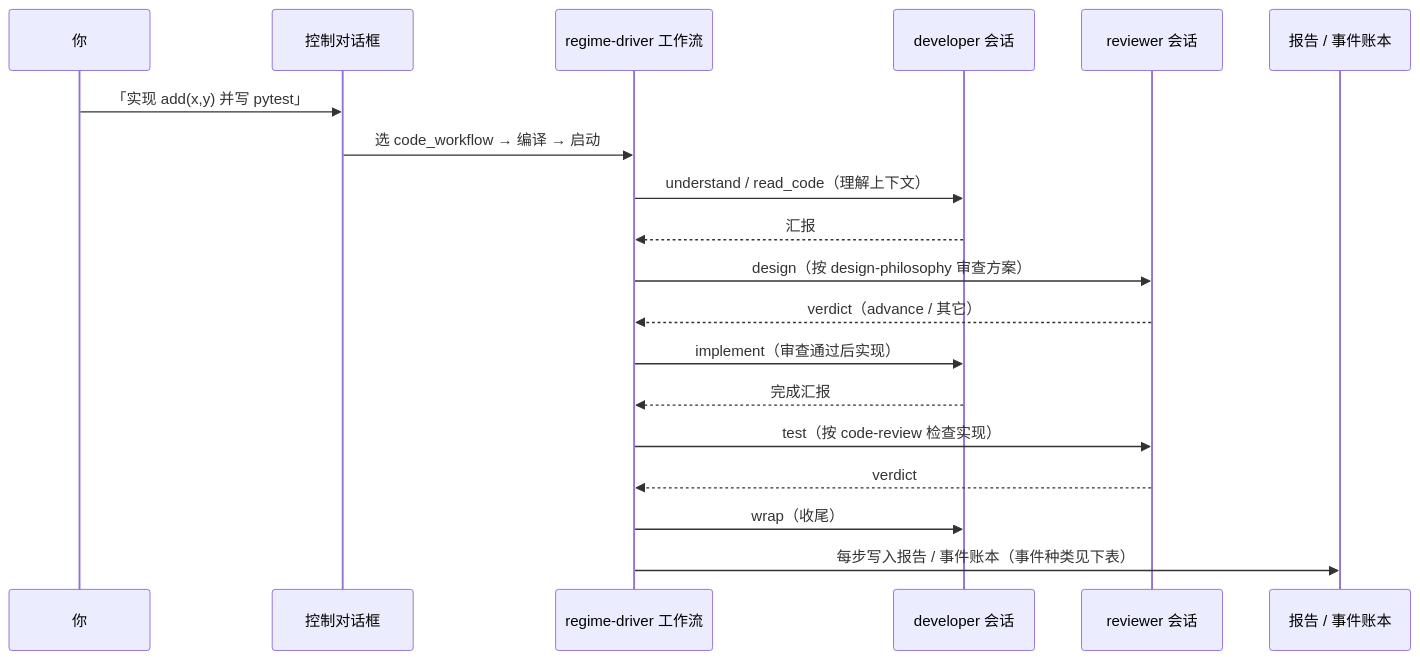
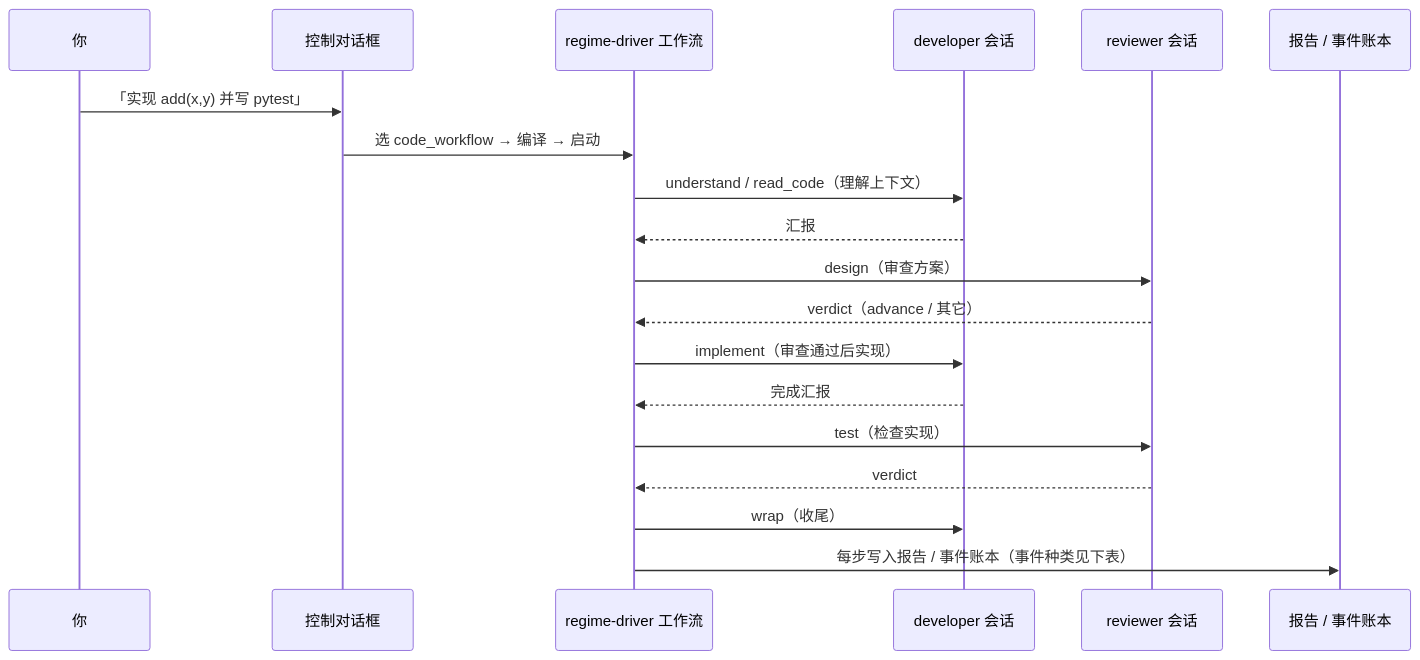
The first of 2 diagrams in docs/guide/00_dialog_control.md (haberzero/regime-driver), drawn with Mermaid before and after one commit. The commit also changed other lines of this file and 20 other files, not shown here.

````diff
--- a/docs/guide/00_dialog_control.md
+++ b/docs/guide/00_dialog_control.md
@@ -191,22 +184,22 @@
 ```mermaid
 sequenceDiagram
     participant 你 as 你
     participant 对话框 as 控制对话框
     participant 体系 as regime-driver 工作流
     participant 干活 as developer 会话
     participant 审查 as reviewer 会话
     participant 账本 as 报告 / 事件账本
 
     你->>对话框: 「实现 add(x,y) 并写 pytest」
     对话框->>体系: 选 code_workflow → 编译 → 启动
     体系->>干活: understand / read_code（理解上下文）
     干活-->>体系: 汇报
-    体系->>审查: design（按 design-philosophy 审查方案）
+    体系->>审查: design（审查方案）
     审查-->>体系: verdict（advance / 其它）
     体系->>干活: implement（审查通过后实现）
     干活-->>体系: 完成汇报
-    体系->>审查: test（按 code-review 检查实现）
+    体系->>审查: test（检查实现）
     审查-->>体系: verdict
     体系->>干活: wrap（收尾）
     体系->>账本: 每步写入报告 / 事件账本（事件种类见下表）
 ```
````
